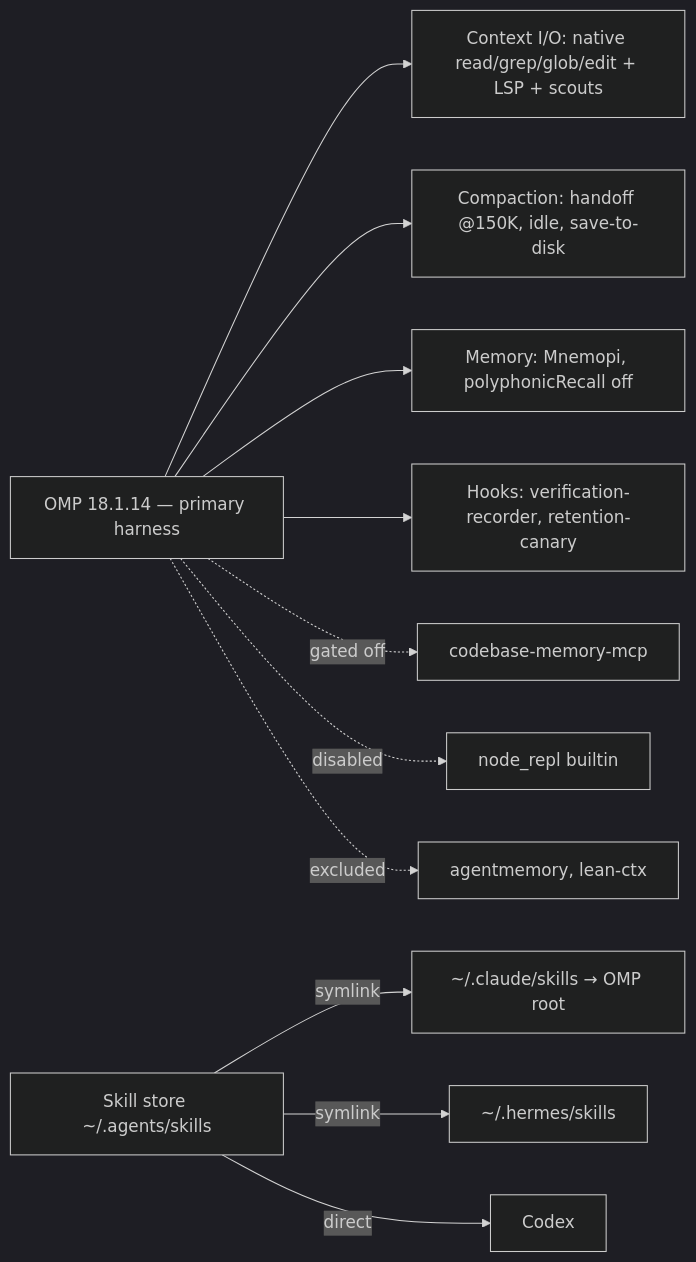
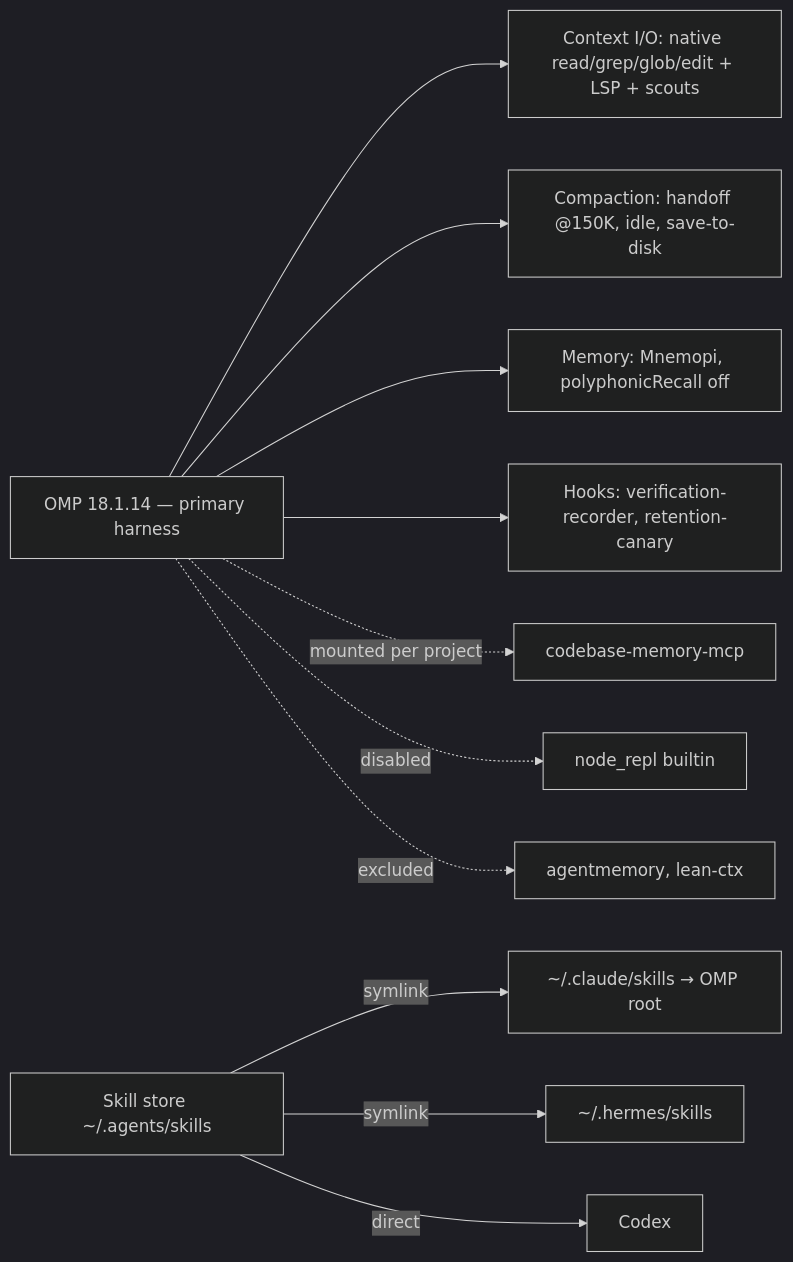
Before and after one commit to MihaiA24/agentic-env: the diagram in DECISIONS_AI_TOOLING.md, drawn with Mermaid (dark theme). The commit also changed other lines of this file and 10 other files, not shown here.

First line of the commit message:
feat(mcp)!: remove codebase-memory-mcp from the OMP roots (#16)

````diff
--- a/DECISIONS_AI_TOOLING.md
+++ b/DECISIONS_AI_TOOLING.md
@@ -19,13 +19,13 @@
 ```mermaid
 flowchart LR
   OMP[OMP 18.1.14 — primary harness] --> IO[Context I/O: native read/grep/glob/edit + LSP + scouts]
   OMP --> CMP[Compaction: handoff @150K, idle, save-to-disk]
   OMP --> MEM[Memory: Mnemopi, polyphonicRecall off]
   OMP --> HK[Hooks: verification-recorder, retention-canary]
-  OMP -.gated off.-> CG[codebase-memory-mcp]
+  OMP -.mounted per project.-> CG[codebase-memory-mcp]
   OMP -.disabled.-> NR[node_repl builtin]
   OMP -.excluded.-> AM[agentmemory, lean-ctx]
   SK[Skill store ~/.agents/skills] -->|symlink| CS[~/.claude/skills → OMP root]
   SK -->|symlink| HS[~/.hermes/skills]
   SK -->|direct| CX[Codex]
 ```
````
